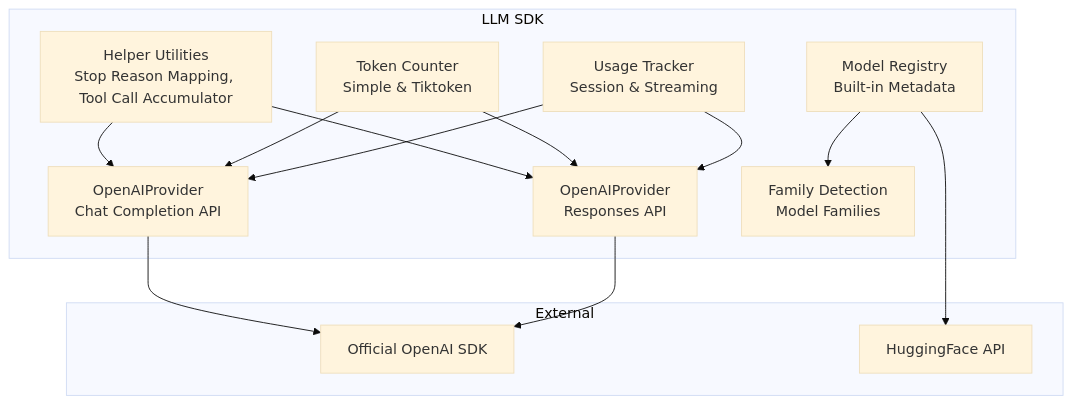
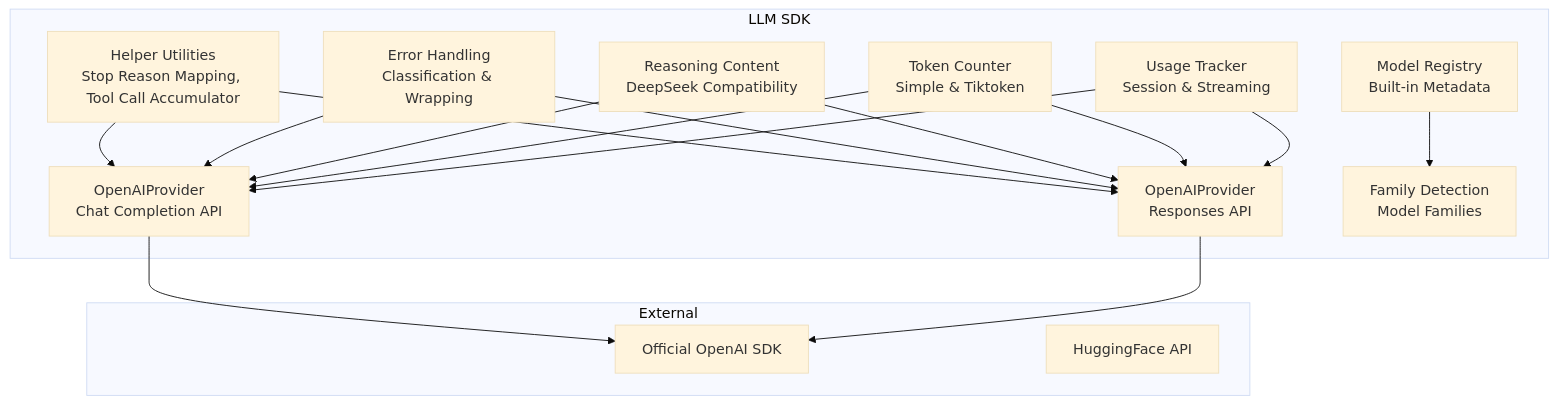
One commit to v0lka/c0wrk changed the first of 7 diagrams in .qoder/repowiki/en/content/LLM Provider Integration/OpenAI Provider Implementation.md. Above: the diagram before and after it, drawn with Mermaid (base theme). The commit also changed other lines of this file and 8 other files, not shown here.

````diff
--- a/.qoder/repowiki/en/content/LLM Provider Integration/OpenAI Provider Implementation.md
+++ b/.qoder/repowiki/en/content/LLM Provider Integration/OpenAI Provider Implementation.md
@@ -40,26 +51,31 @@
 ```mermaid
 graph TB
 subgraph "LLM SDK"
 P["OpenAIProvider<br/>Chat Completion API"]
 PR["OpenAIProvider<br/>Responses API"]
 TH["Helper Utilities<br/>Stop Reason Mapping, Tool Call Accumulator"]
+TE["Error Handling<br/>Classification & Wrapping"]
+RC["Reasoning Content<br/>DeepSeek Compatibility"]
 TC["Token Counter<br/>Simple & Tiktoken"]
 UT["Usage Tracker<br/>Session & Streaming"]
 MR["Model Registry<br/>Built-in Metadata"]
 FM["Family Detection<br/>Model Families"]
 end
 subgraph "External"
 OA["Official OpenAI SDK"]
 HF["HuggingFace API"]
 end
 P --> OA
 PR --> OA
-MR --> HF
 TH --> P
 TH --> PR
+TE --> P
+TE --> PR
+RC --> P
+RC --> PR
 TC --> P
 TC --> PR
 UT --> P
 UT --> PR
 MR --> FM
 ```
````
